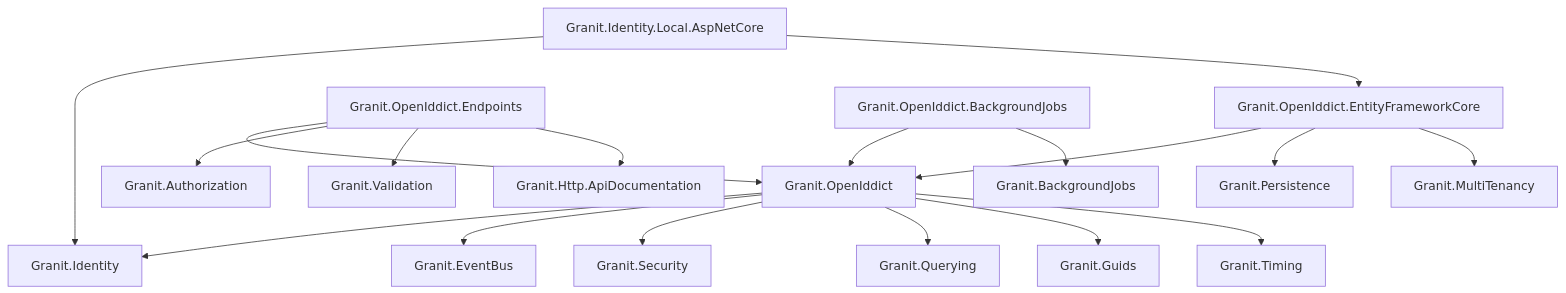
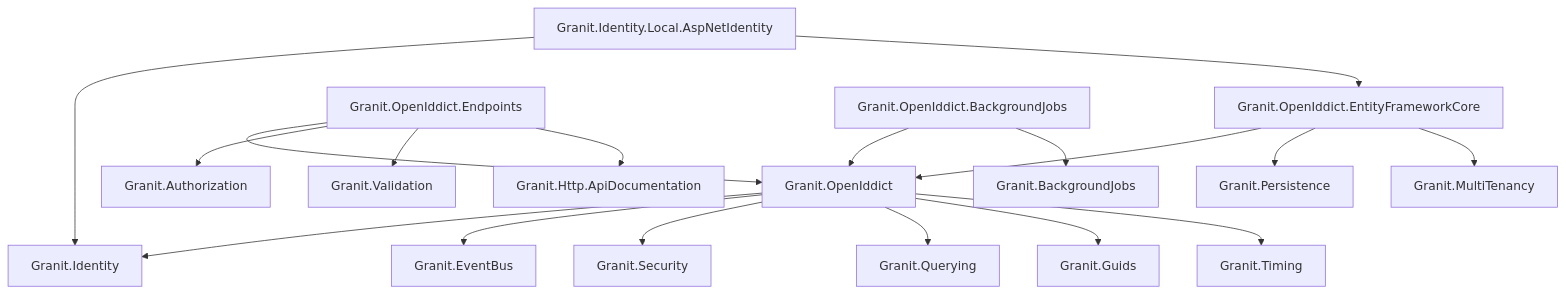
One commit to granit-fx/granit-dotnet changed the diagram in docs-site/src/content/docs/dotnet/security/openiddict/index.mdx. Above: the diagram before and after it, drawn with Mermaid. The commit also changed other lines of this file and 31 other files, not shown here.

First line of the commit message:
refactor(identity): rename Granit.Identity.Local.AspNetCore → AspNetIdentity

````diff
--- a/docs-site/src/content/docs/dotnet/security/openiddict/index.mdx
+++ b/docs-site/src/content/docs/dotnet/security/openiddict/index.mdx
@@ -55,24 +55,24 @@
 ```mermaid
 graph TD
     OID[Granit.OpenIddict] --> IDEN[Granit.Identity]
     OID --> EVT[Granit.EventBus]
     OID --> SEC[Granit.Security]
     OID --> QRY[Granit.Querying]
     OID --> GID[Granit.Guids]
     OID --> TIM[Granit.Timing]
 
     EFC[Granit.OpenIddict.EntityFrameworkCore] --> OID
     EFC --> PER[Granit.Persistence]
     EFC --> MT[Granit.MultiTenancy]
 
-    IOID[Granit.Identity.Local.AspNetCore] --> IDEN
+    IOID[Granit.Identity.Local.AspNetIdentity] --> IDEN
     IOID --> EFC
 
     EP[Granit.OpenIddict.Endpoints] --> OID
     EP --> AZ[Granit.Authorization]
     EP --> VAL[Granit.Validation]
     EP --> DOC[Granit.Http.ApiDocumentation]
 
     BG[Granit.OpenIddict.BackgroundJobs] --> OID
     BG --> BJ[Granit.BackgroundJobs]
 ```
````
